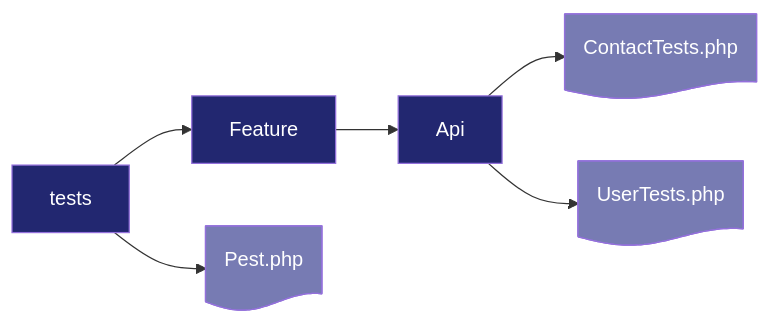
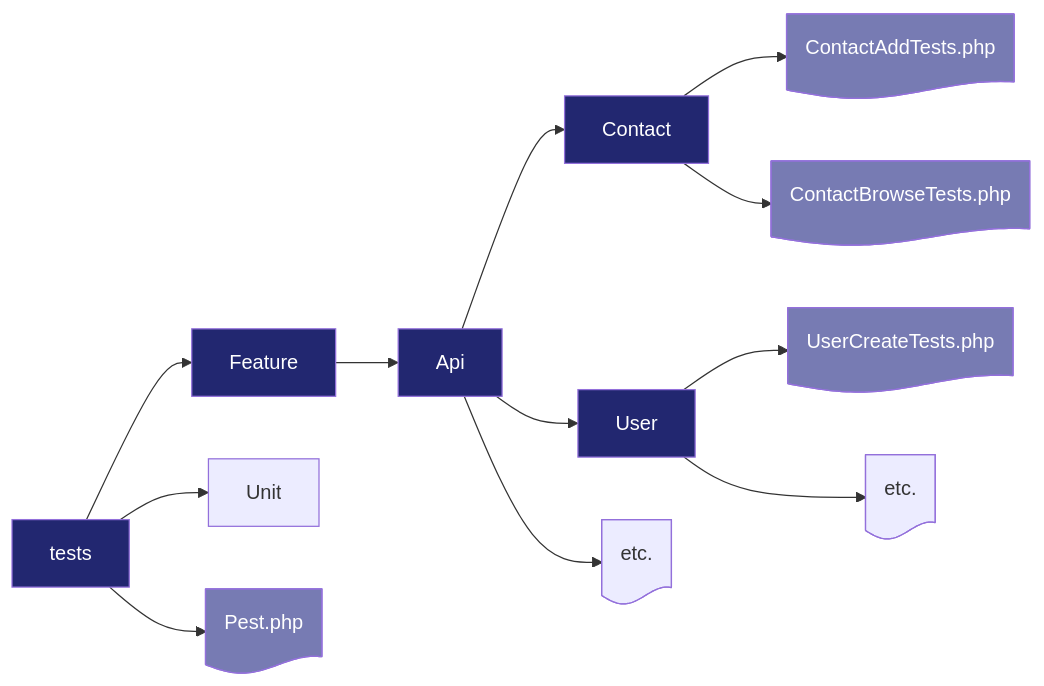
Before and after one commit to AdyGCode/SaaS-BED-Notes: the diagram in 2026/Session-03/Slides-03-01-pest-testing-1/slides.md, drawn with Mermaid. The commit also changed other lines of this file and 27 other files, not shown here.

````diff
--- a/2026/Session-03/Slides-03-01-pest-testing-1/slides.md
+++ b/2026/Session-03/Slides-03-01-pest-testing-1/slides.md
@@ -160,25 +166,44 @@
 ```mermaid
 flowchart LR
     A[tests]
     B[Feature]
     C[Api]
-    E@{ shape: doc, label: "ContactTests.php" }
-    F@{ shape: doc, label: "UserTests.php" }
-    D@{ shape: doc, label: "Pest.php" }
+    D[Contact]
+    E[User]
+    F[Unit]
+    
+    ETC1[etc...]
+    ETC2[etc...]
+    
+    W@{ shape: doc, label: "ContactAddTests.php" }
+    X@{ shape: doc, label: "ContactBrowseTests.php" }
+    Y@{ shape: doc, label: "UserCreateTests.php" }
+    Z@{ shape: doc, label: "Pest.php" }
+    ETC1@{ shape: doc, label: "etc." }
+    ETC2@{ shape: doc, label: "etc." }
     
     A --> B
+    A --> F
+    A --> Z
     B --> C
-    A --> D
+    C --> D
     C --> E
-    C --> F
+    C --> ETC1
+    D --> W
+    D --> X
+    E --> Y
+    E --> ETC2
     
     classDef folder fill:#222770,color:#fff
     classDef file fill:#777BB3,color:#fff
     
     class A folder;
     class B folder;
     class C folder;
-    class D file;
-    class E file;
-    class F file;
+    class D folder;
+    class E folder;
+    class W file;
+    class X file;
+    class Y file;
+    class Z file;
 ```
````
